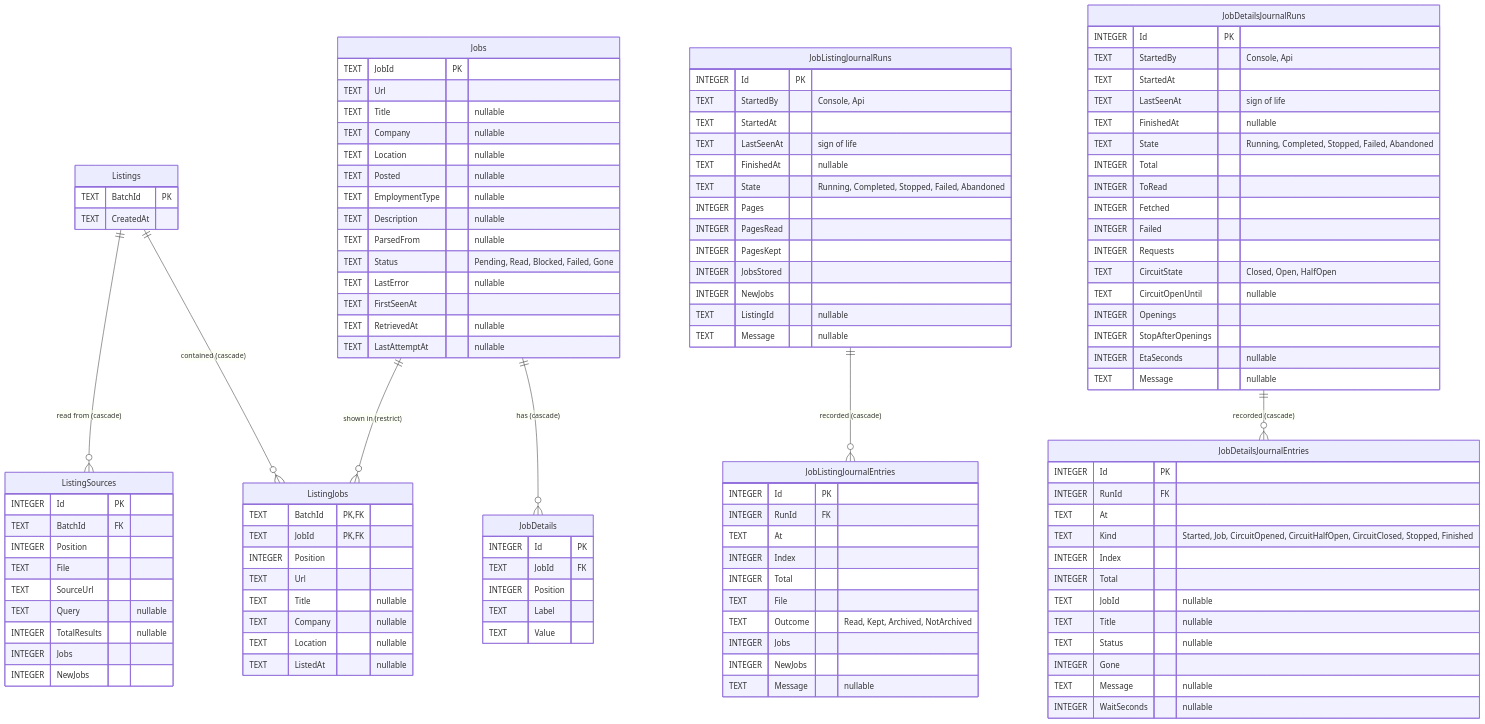
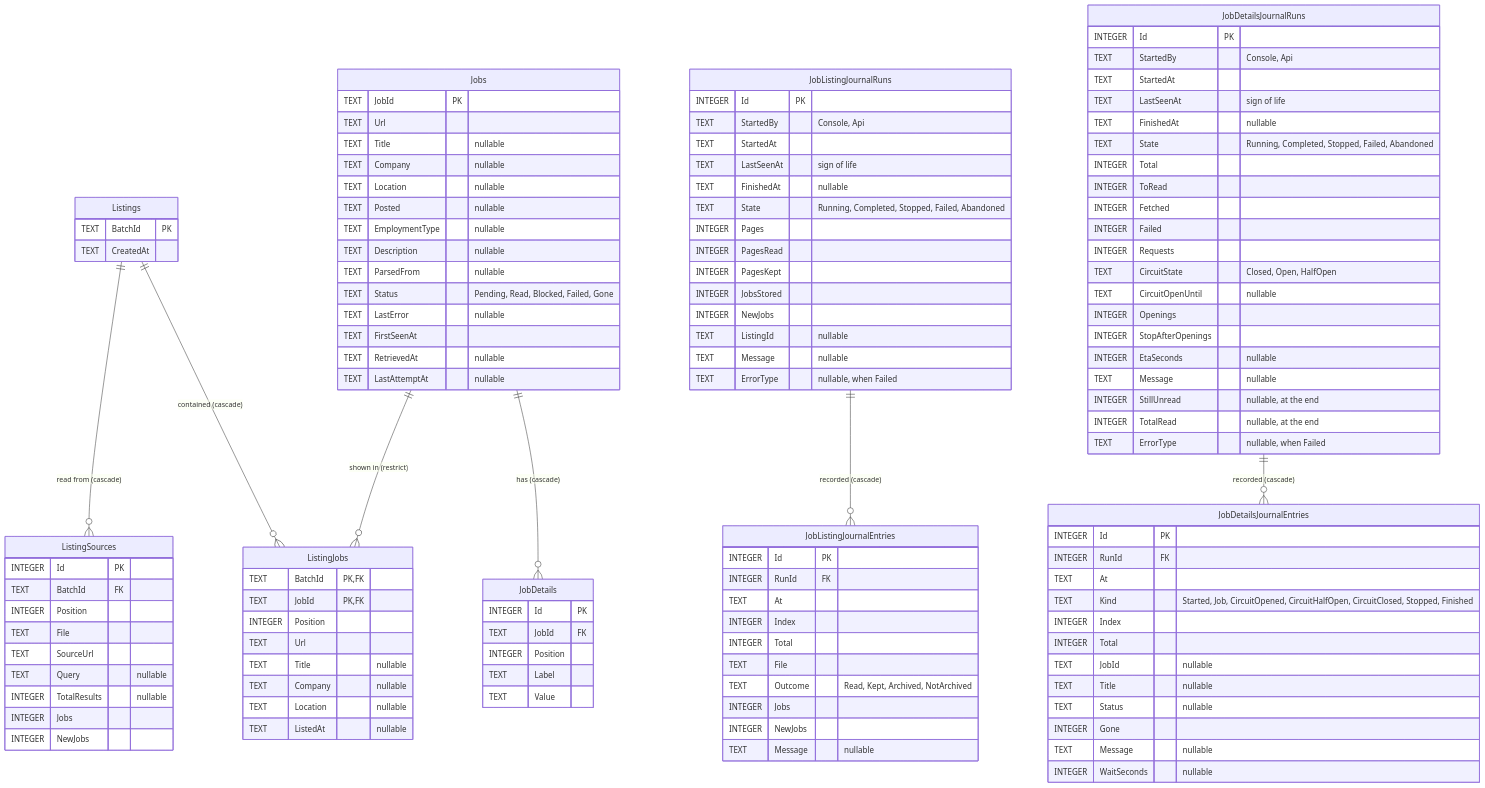
Before and after one commit to VDanielV/job-fetch-probe: the diagram in docs/database.md, drawn with Mermaid. The commit also changed other lines of this file and 52 other files, not shown here.

```diff
--- a/docs/database.md
+++ b/docs/database.md
@@ -113,6 +114,7 @@
         INTEGER NewJobs
         TEXT ListingId "nullable"
         TEXT Message "nullable"
+        TEXT ErrorType "nullable, when Failed"
     }
     JobListingJournalEntries {
         INTEGER Id PK
@@ -144,6 +146,9 @@
         INTEGER StopAfterOpenings
         INTEGER EtaSeconds "nullable"
         TEXT Message "nullable"
+        INTEGER StillUnread "nullable, at the end"
+        INTEGER TotalRead "nullable, at the end"
+        TEXT ErrorType "nullable, when Failed"
     }
     JobDetailsJournalEntries {
         INTEGER Id PK
```
